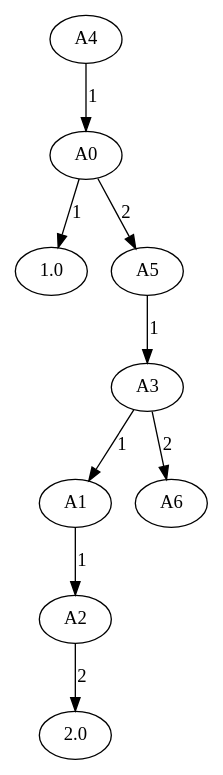
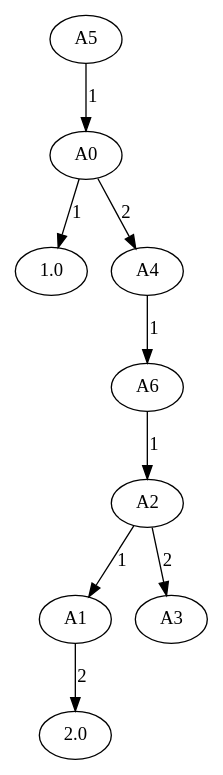
The diagram in Assignments/A4/data/results/data/tree/Random importance id=8.gv (oyssolbo/TDT4171), drawn with Graphviz before and after one commit. The commit also changed 30 other files, not shown here.

```diff
--- a/Assignments/A4/data/results/data/tree/Random importance id=8.gv
+++ b/Assignments/A4/data/results/data/tree/Random importance id=8.gv
@@ -1,20 +1,20 @@
 // Random importance
 digraph {
-	4 [label=A4]
+	5 [label=A5]
 	0 [label=A0]
-	4 -> 0 [label=1]
+	5 -> 0 [label=1]
 	1.0 [label=1.0]
 	0 -> 1.0 [label=1]
-	5 [label=A5]
-	0 -> 5 [label=2]
+	4 [label=A4]
+	0 -> 4 [label=2]
+	6 [label=A6]
+	4 -> 6 [label=1]
+	2 [label=A2]
+	6 -> 2 [label=1]
+	1 [label=A1]
+	2 -> 1 [label=1]
+	2.0 [label=2.0]
+	1 -> 2.0 [label=2]
 	3 [label=A3]
-	5 -> 3 [label=1]
-	1 [label=A1]
-	3 -> 1 [label=1]
-	2 [label=A2]
-	1 -> 2 [label=1]
-	2.0 [label=2.0]
-	2 -> 2.0 [label=2]
-	6 [label=A6]
-	3 -> 6 [label=2]
+	2 -> 3 [label=2]
 }
```
